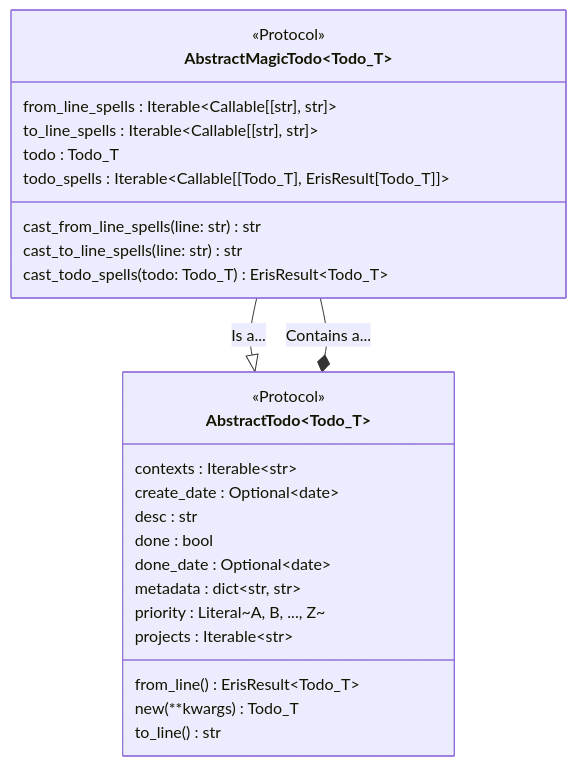
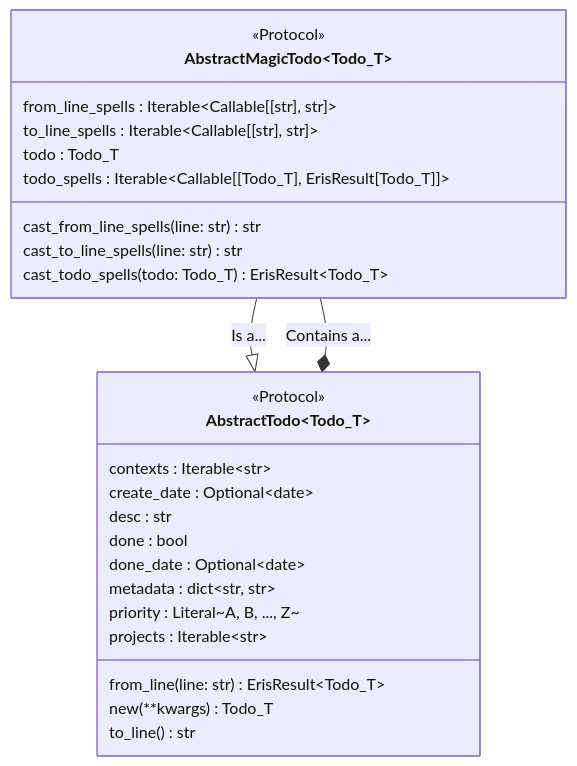
Before and after one commit to bbugyi200/greatday: the second of 2 diagrams in docs/design/design.template.md, drawn with Mermaid. The commit also changed 2 other files, not shown here.

Commit message:
Fix typo in diagram

````diff
--- a/docs/design/design.template.md
+++ b/docs/design/design.template.md
@@ -64,35 +64,35 @@
 ```mermaid
 classDiagram
     class AbstractTodo~Todo_T~ {
         <<Protocol>>
 
         contexts : Iterable~str~
         create_date : Optional~date~
         desc : str
         done : bool
         done_date : Optional~date~
         metadata : dict~str, str~
         priority : Literal~A, B, ..., Z~
         projects : Iterable~str~
 
-        from_line() ErisResult~Todo_T~
+        from_line(line: str) ErisResult~Todo_T~
         new(**kwargs) Todo_T
         to_line() str
     }
 
     class AbstractMagicTodo~Todo_T~ {
         <<Protocol>>
 
         from_line_spells : Iterable~Callable[[str], str]~
         to_line_spells : Iterable~Callable[[str], str]~
         todo : Todo_T
         todo_spells : Iterable~Callable[[Todo_T], ErisResult[Todo_T]]~
 
         cast_from_line_spells(line: str) str
         cast_to_line_spells(line: str) str
         cast_todo_spells(todo: Todo_T) ErisResult~Todo_T~
     }
 
     AbstractMagicTodo --|> AbstractTodo: Is a...
     AbstractMagicTodo --* AbstractTodo: Contains a...
 ```
````
